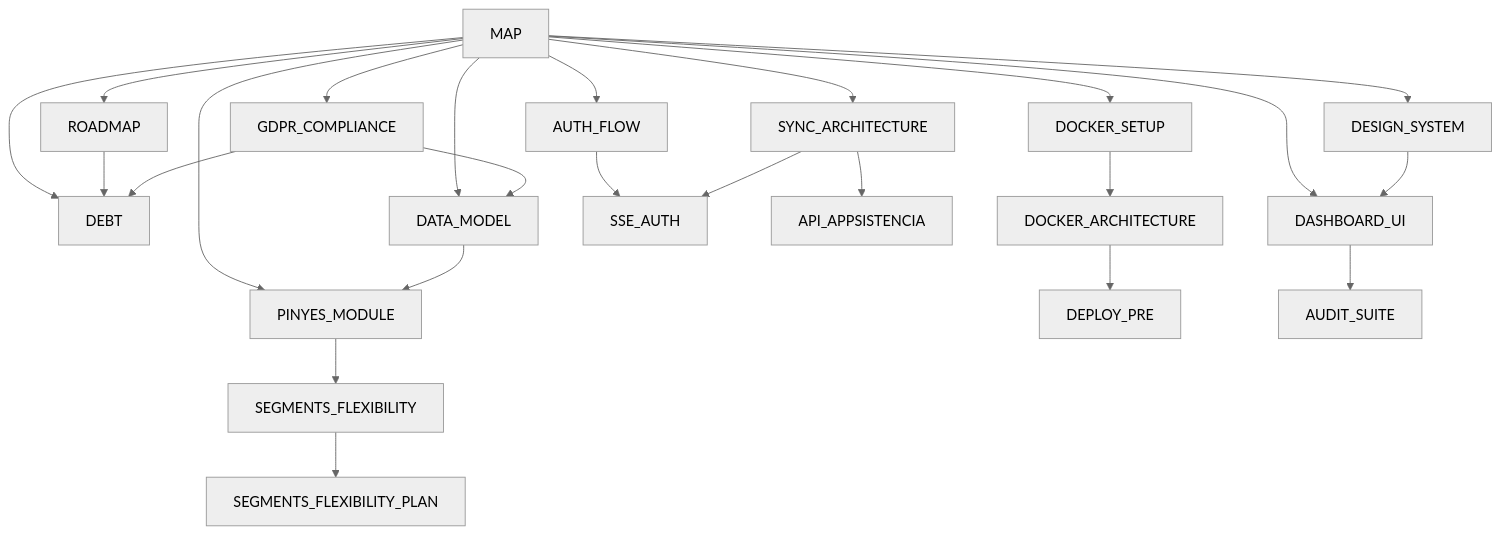
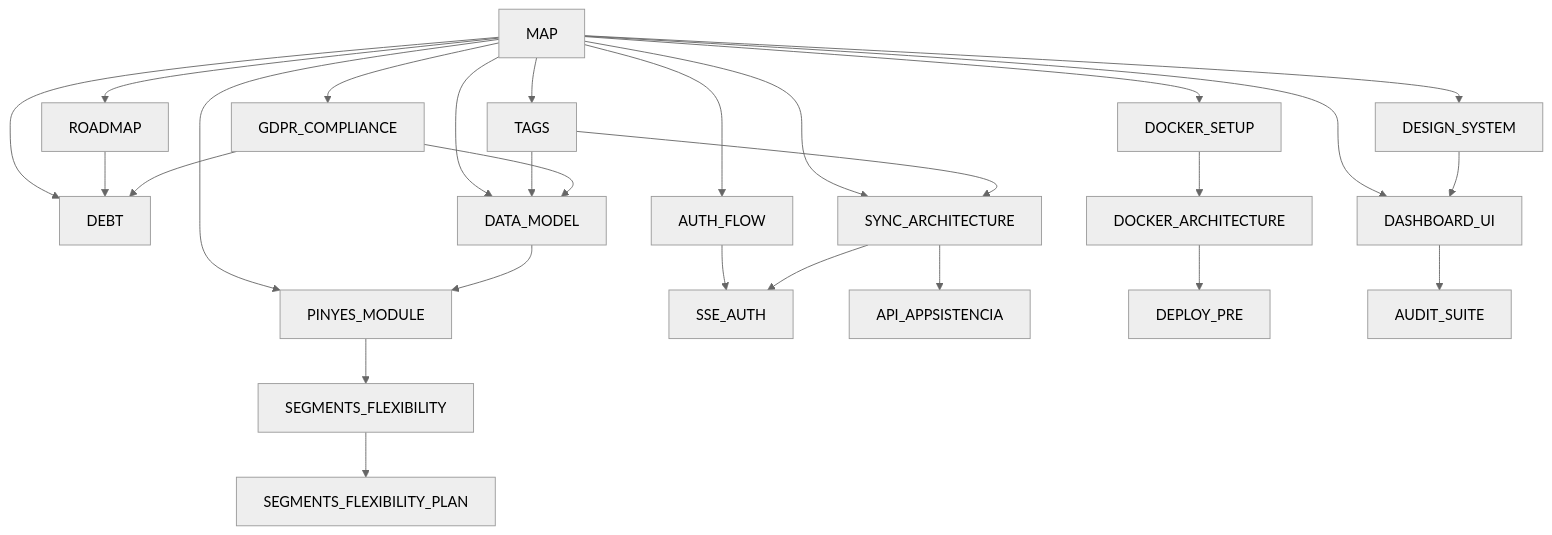
One commit to MuixerangaBarcelonaCat/MuixerApp changed the diagram in docs/MAP.md. Above: the diagram before and after it, drawn with Mermaid (neutral theme). The commit also changed other lines of this file and 4 other files, not shown here.

Commit message:
docs: document the tag groups, the tagging rule and their link to figure positions

````diff
--- a/docs/MAP.md
+++ b/docs/MAP.md
@@ -27,26 +27,29 @@
 ```mermaid
 graph TD
   MAP[MAP] --> ROADMAP
   MAP --> DEBT
   MAP --> DATA_MODEL
   MAP --> PINYES_MODULE
   MAP --> AUTH_FLOW
   MAP --> SYNC_ARCHITECTURE
   MAP --> DASHBOARD_UI
   MAP --> DESIGN_SYSTEM
   DESIGN_SYSTEM --> DASHBOARD_UI
   MAP --> DOCKER_SETUP
   DATA_MODEL --> PINYES_MODULE
+  MAP --> TAGS
+  TAGS --> DATA_MODEL
+  TAGS --> SYNC_ARCHITECTURE
   PINYES_MODULE --> SEGMENTS_FLEXIBILITY
   SEGMENTS_FLEXIBILITY --> SEGMENTS_FLEXIBILITY_PLAN
   AUTH_FLOW --> SSE_AUTH
   SYNC_ARCHITECTURE --> API_APPSISTENCIA
   SYNC_ARCHITECTURE --> SSE_AUTH
   DOCKER_SETUP --> DOCKER_ARCHITECTURE
   DOCKER_ARCHITECTURE --> DEPLOY_PRE
   DASHBOARD_UI --> AUDIT_SUITE
   ROADMAP --> DEBT
   MAP --> GDPR_COMPLIANCE
   GDPR_COMPLIANCE --> DATA_MODEL
   GDPR_COMPLIANCE --> DEBT
 ```
````
